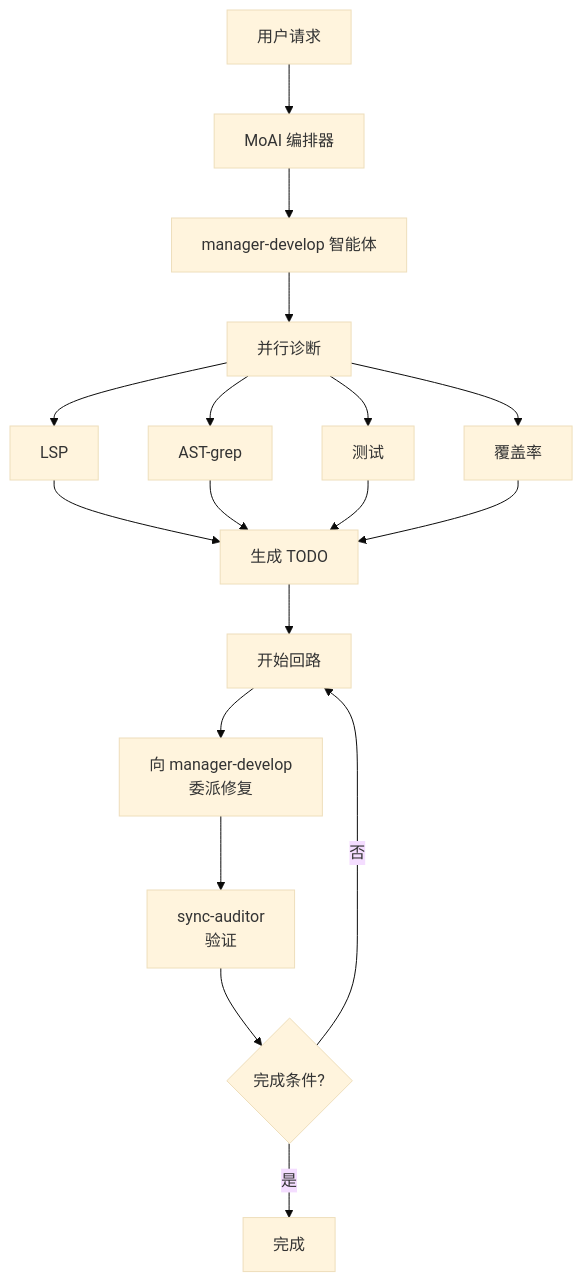
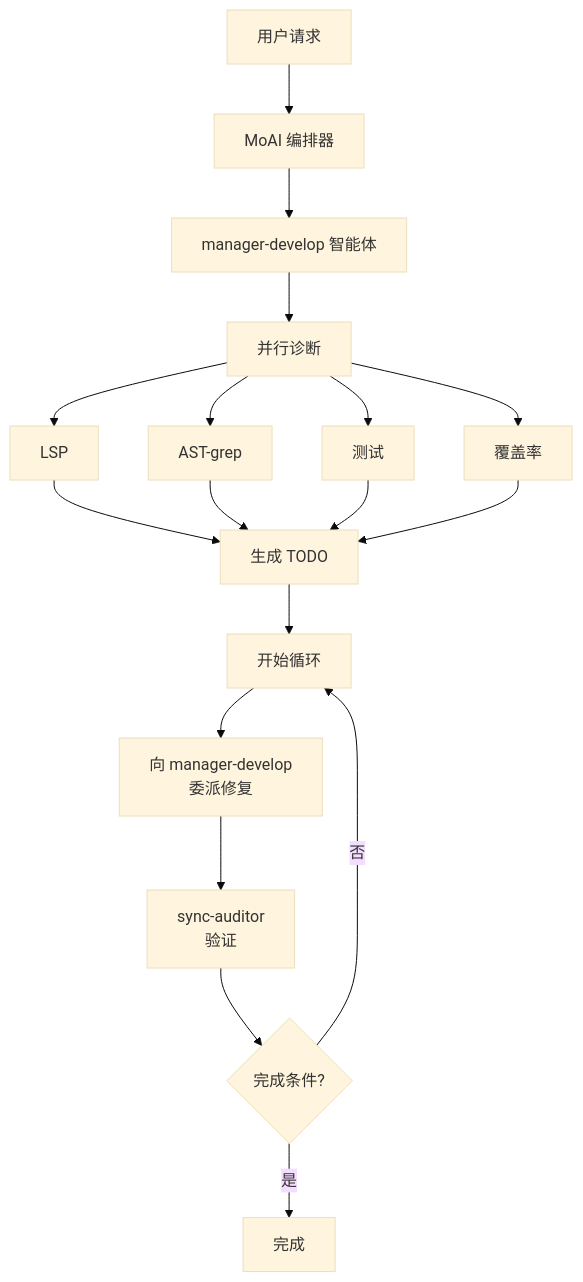
One commit to modu-ai/moai-adk changed the fourth of 4 diagrams in docs-site/content/zh/utility-commands/moai-loop.md. Above: the diagram before and after it, drawn with Mermaid (base theme). The commit also changed other lines of this file and 124 other files, not shown here.

````diff
--- a/docs-site/content/zh/utility-commands/moai-loop.md
+++ b/docs-site/content/zh/utility-commands/moai-loop.md
@@ -236,25 +236,25 @@
 ```mermaid
 flowchart TD
     User["用户请求"] --> Orchestrator["MoAI 编排器"]
     Orchestrator --> ManagerDDD["manager-develop 智能体"]
 
     ManagerDDD --> Diagnose["并行诊断"]
     Diagnose --> LSP["LSP"]
     Diagnose --> AST["AST-grep"]
     Diagnose --> Test["测试"]
     Diagnose --> Cov["覆盖率"]
 
     LSP --> Todo["生成 TODO"]
     AST --> Todo
     Test --> Todo
     Cov --> Todo
 
-    Todo --> Loop["开始回路"]
+    Todo --> Loop["开始循环"]
 
     Loop --> Fix["向 manager-develop<br/>委派修复"]
     Fix --> Verify["sync-auditor<br/>验证"]
 
     Verify --> Complete{"完成条件?"}
     Complete -->|否| Loop
     Complete -->|是| Done["完成"]
 ```
````
